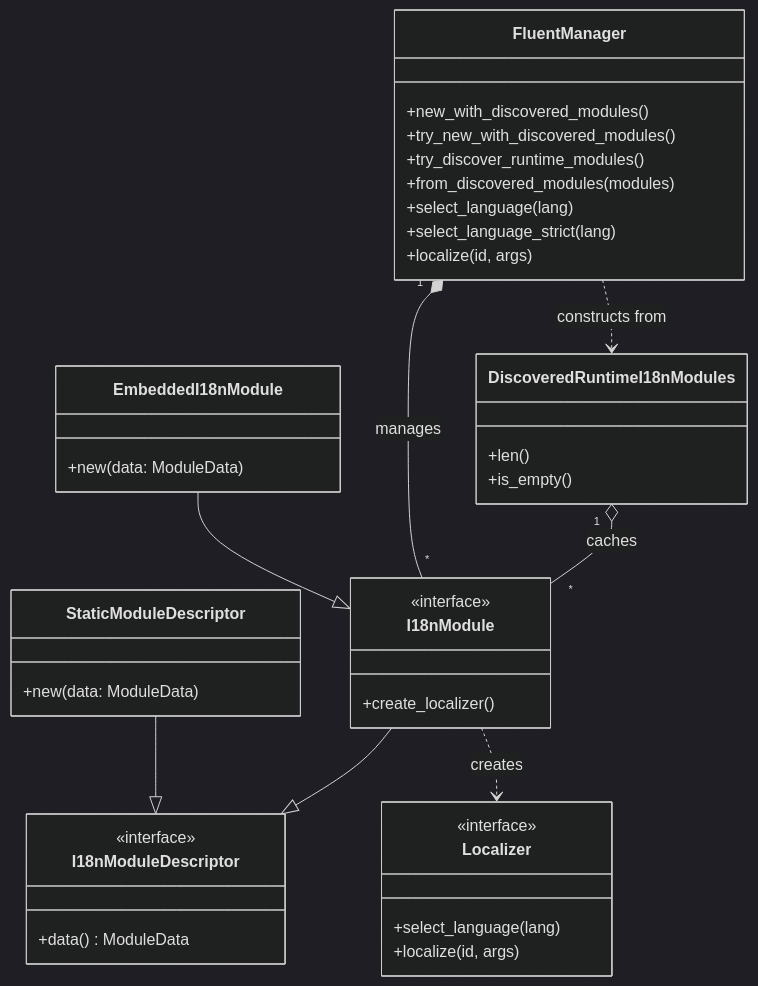
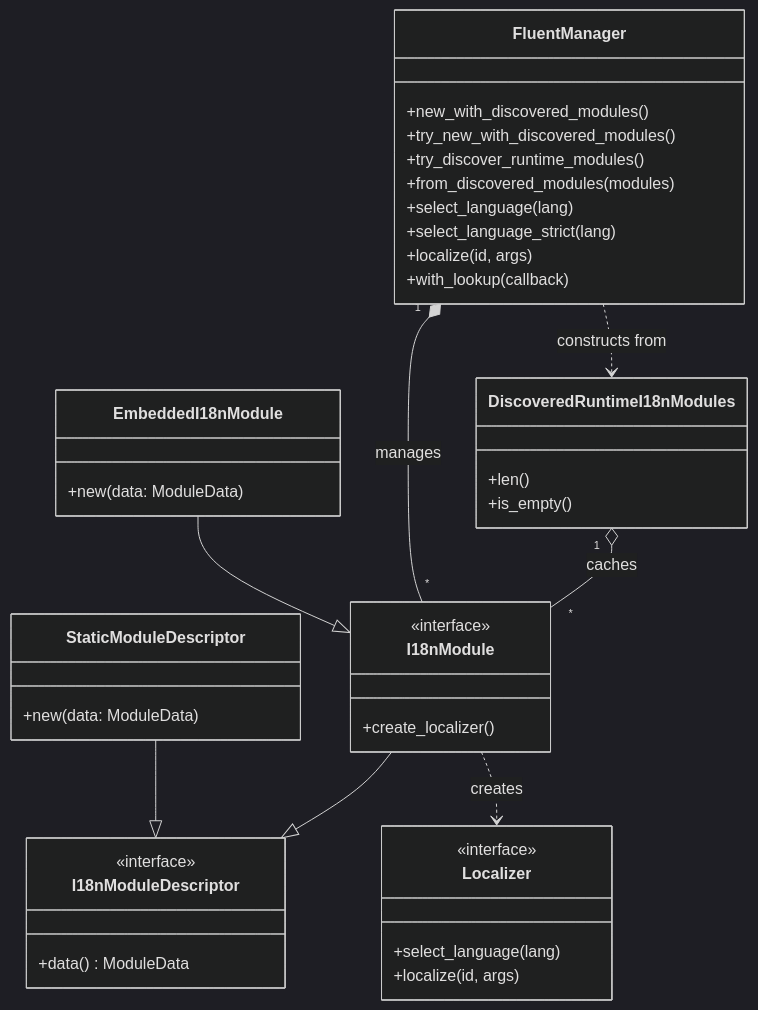
The diagram in crates/es-fluent-manager-core/docs/ARCHITECTURE.md (stayhydated/es-fluent), drawn with Mermaid (dark theme) before and after one commit. The commit also changed other lines of this file and 21 other files, not shown here.

````diff
--- a/crates/es-fluent-manager-core/docs/ARCHITECTURE.md
+++ b/crates/es-fluent-manager-core/docs/ARCHITECTURE.md
@@ -13,49 +13,50 @@
 ```mermaid
 classDiagram
     class FluentManager {
         +new_with_discovered_modules()
         +try_new_with_discovered_modules()
         +try_discover_runtime_modules()
         +from_discovered_modules(modules)
         +select_language(lang)
         +select_language_strict(lang)
         +localize(id, args)
+        +with_lookup(callback)
     }
 
     class DiscoveredRuntimeI18nModules {
         +len()
         +is_empty()
     }
 
     class I18nModuleDescriptor {
         <<interface>>
         +data() ModuleData
     }
 
     class I18nModule {
         <<interface>>
         +create_localizer()
     }
 
     class Localizer {
         <<interface>>
         +select_language(lang)
         +localize(id, args)
     }
 
     class StaticModuleDescriptor {
         +new(data: ModuleData)
     }
 
     class EmbeddedI18nModule {
         +new(data: ModuleData)
     }
 
     I18nModule --|> I18nModuleDescriptor
     DiscoveredRuntimeI18nModules "1" o-- "*" I18nModule : caches
     FluentManager "1" *-- "*" I18nModule : manages
     FluentManager ..> DiscoveredRuntimeI18nModules : constructs from
     I18nModule ..> Localizer : creates
     StaticModuleDescriptor --|> I18nModuleDescriptor
     EmbeddedI18nModule --|> I18nModule
 ```
````
